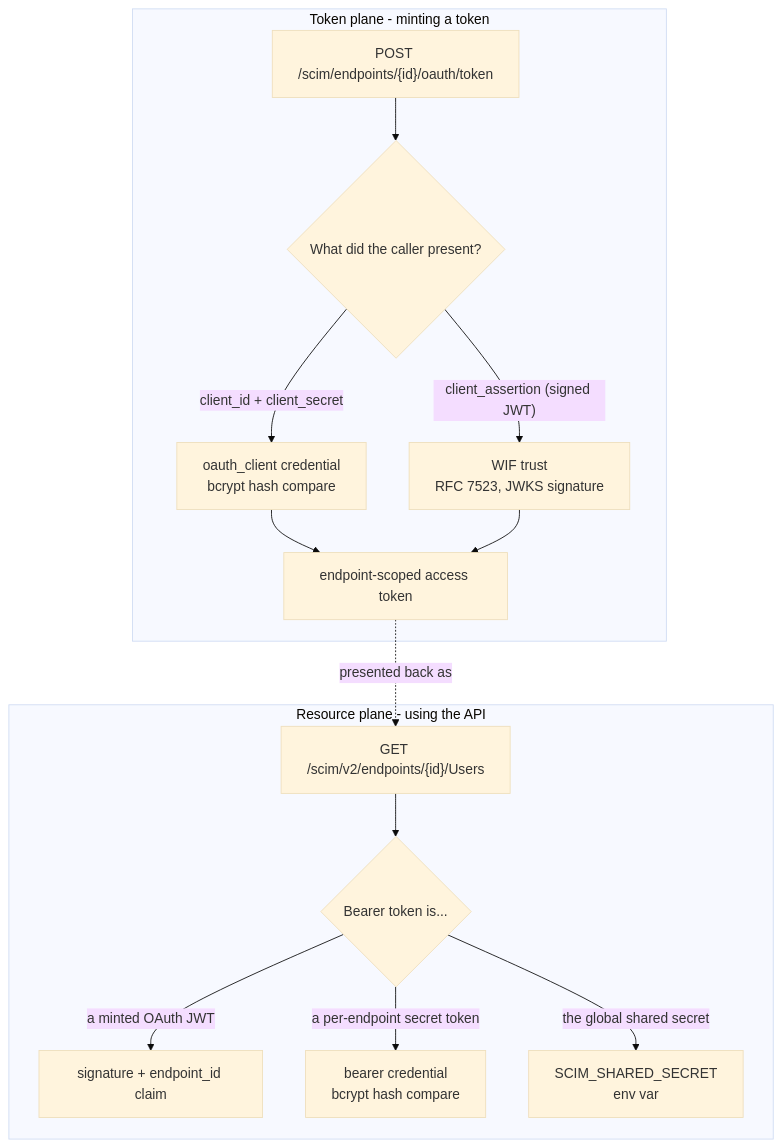
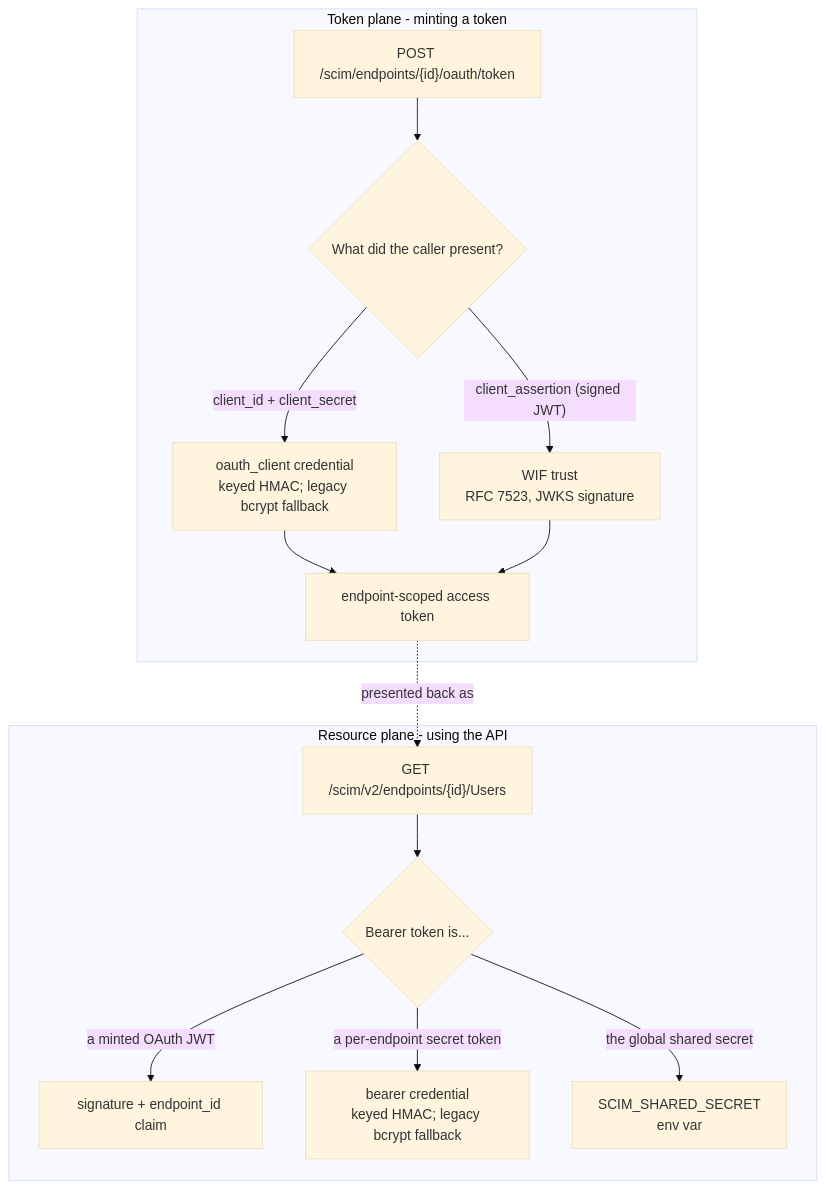
One commit to pranems/SCIMServer changed the first of 2 diagrams in docs/AUTHENTICATION_CONFIGURATION_REFERENCE.md. Above: the diagram before and after it, drawn with Mermaid (base theme). The commit also changed other lines of this file and 6 other files, not shown here.

````diff
--- a/docs/AUTHENTICATION_CONFIGURATION_REFERENCE.md
+++ b/docs/AUTHENTICATION_CONFIGURATION_REFERENCE.md
@@ -11,19 +12,19 @@
 ```mermaid
 flowchart TD
   subgraph TokenPlane["Token plane - minting a token"]
     T1["POST /scim/endpoints/{id}/oauth/token"]
     T1 --> T2{"What did the caller present?"}
-    T2 -->|"client_id + client_secret"| T3["oauth_client credential<br/>bcrypt hash compare"]
+    T2 -->|"client_id + client_secret"| T3["oauth_client credential<br/>keyed HMAC; legacy bcrypt fallback"]
     T2 -->|"client_assertion (signed JWT)"| T4["WIF trust<br/>RFC 7523, JWKS signature"]
     T3 --> T5["endpoint-scoped access token"]
     T4 --> T5
   end
   subgraph ResourcePlane["Resource plane - using the API"]
     R1["GET /scim/v2/endpoints/{id}/Users"]
     R1 --> R2{"Bearer token is..."}
     R2 -->|"a minted OAuth JWT"| R3["signature + endpoint_id claim"]
-    R2 -->|"a per-endpoint secret token"| R4["bearer credential<br/>bcrypt hash compare"]
+    R2 -->|"a per-endpoint secret token"| R4["bearer credential<br/>keyed HMAC; legacy bcrypt fallback"]
     R2 -->|"the global shared secret"| R5["SCIM_SHARED_SECRET<br/>env var"]
   end
   T5 -.->|"presented back as"| R1
 ```
````
